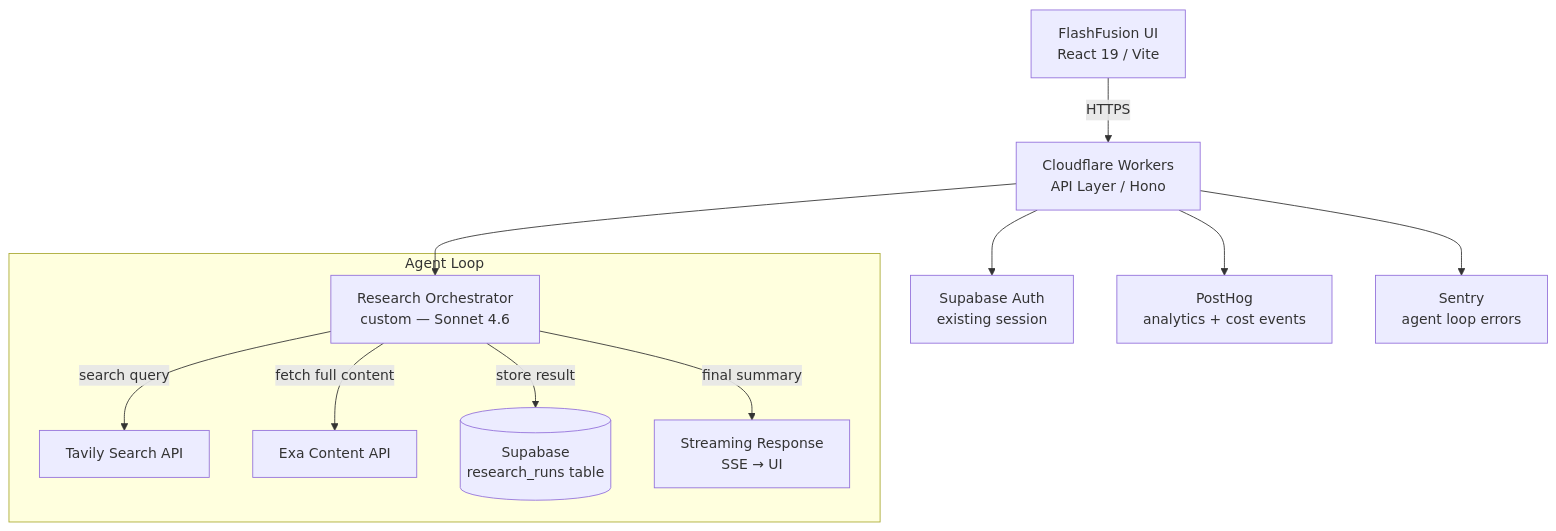
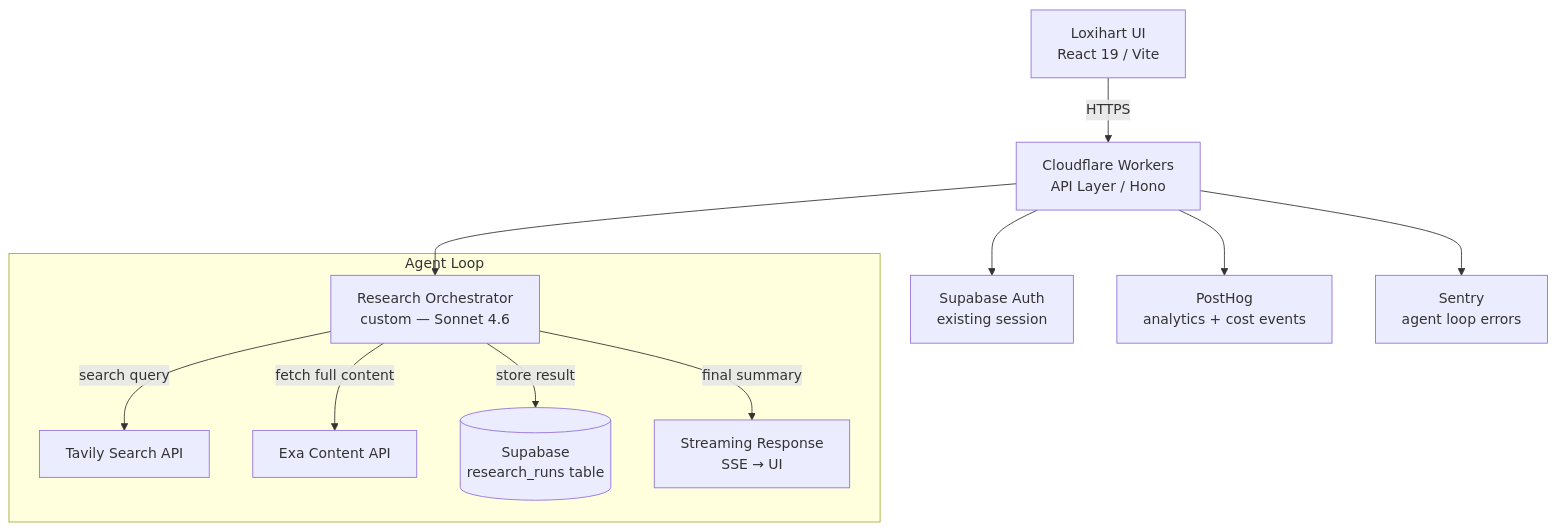
The diagram in plugins/loxihart-ai/skills/enabling-ai-solutions/examples/research-agent-personal.md (Krosebrook/loxihart-skills), drawn with Mermaid before and after one commit. The commit also changed other lines of this file and 132 other files, not shown here.

First line of the commit message:
rebrand: FlashFusion to Loxihart (identifiers and unambiguous files)

````diff
--- a/plugins/loxihart-ai/skills/enabling-ai-solutions/examples/research-agent-personal.md
+++ b/plugins/loxihart-ai/skills/enabling-ai-solutions/examples/research-agent-personal.md
@@ -13,19 +13,19 @@
 ```mermaid
 graph TB
-    User[FlashFusion UI<br/>React 19 / Vite] -->|HTTPS| CF[Cloudflare Workers<br/>API Layer / Hono]
+    User[Loxihart UI<br/>React 19 / Vite] -->|HTTPS| CF[Cloudflare Workers<br/>API Layer / Hono]
 
     CF --> Auth[Supabase Auth<br/>existing session]
 
     subgraph Agent Loop
         Orchestrator[Research Orchestrator<br/>custom — Sonnet 4.6]
         Orchestrator -->|search query| Tavily[Tavily Search API]
         Orchestrator -->|fetch full content| Exa[Exa Content API]
         Orchestrator -->|store result| DB[(Supabase<br/>research_runs table)]
         Orchestrator -->|final summary| Stream[Streaming Response<br/>SSE → UI]
     end
 
     CF --> Orchestrator
 
     CF --> PostHog[PostHog<br/>analytics + cost events]
     CF --> Sentry[Sentry<br/>agent loop errors]
 ```
````
